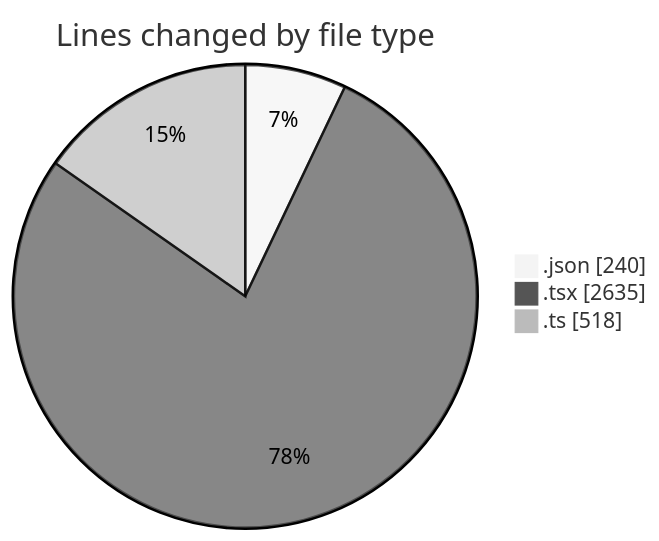
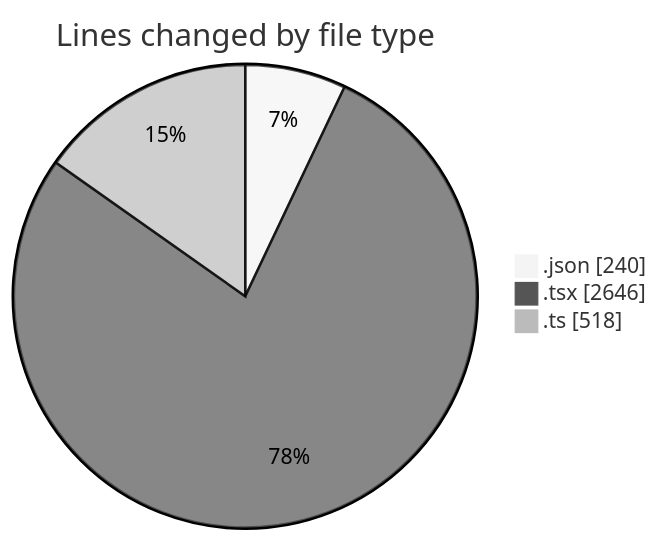
One commit to julien-gomy/code-tracking changed the first of 2 diagrams in 2025-11-17/eventscop-frontend-guide__workspace_/README.md. Above: the diagram before and after it, drawn with Mermaid (neutral theme). The commit also changed other lines of this file and 1 other file, not shown here.

````diff
--- a/2025-11-17/eventscop-frontend-guide__workspace_/README.md
+++ b/2025-11-17/eventscop-frontend-guide__workspace_/README.md
@@ -36,7 +36,7 @@
 ```mermaid
 pie showData
 title Lines changed by file type
 ".json" : 240
-".tsx" : 2635
+".tsx" : 2646
 ".ts" : 518
 ```
````
